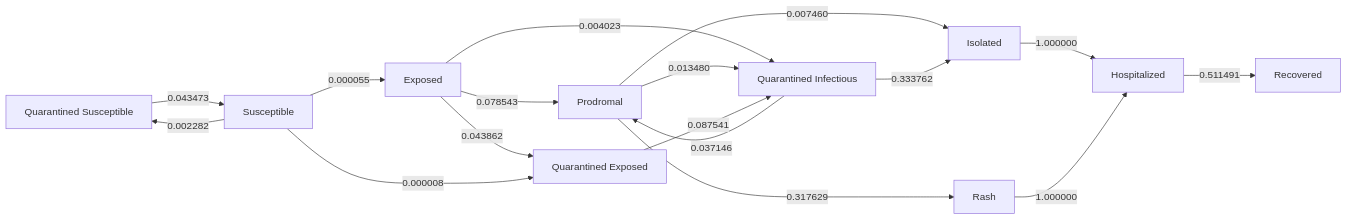
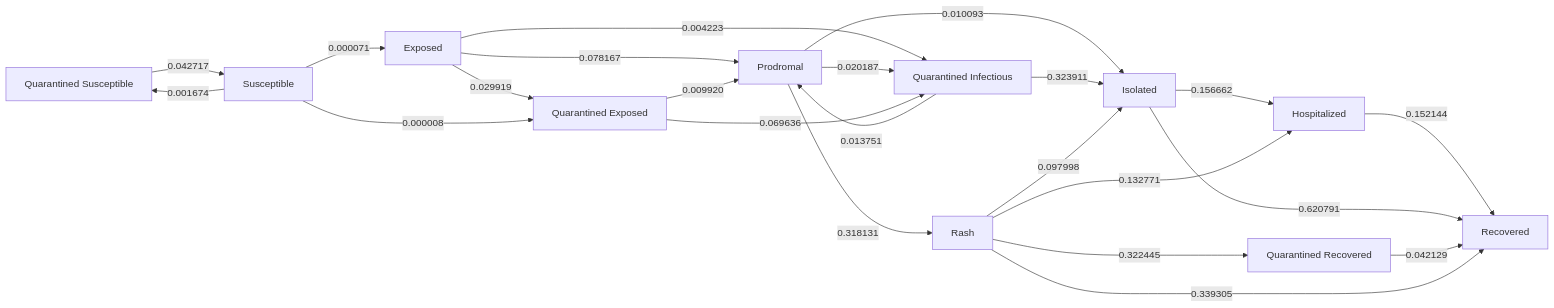
Before and after one commit to EpiForeSITE/epiworld-measles: the diagram in school_quarantine/new_bridge_88_npi.md, drawn with Mermaid. The commit also changed other lines of this file and 6 other files, not shown here.

````diff
--- a/school_quarantine/new_bridge_88_npi.md
+++ b/school_quarantine/new_bridge_88_npi.md
@@ -134,30 +136,37 @@
 ``` mermaid
 flowchart LR
     s0[Exposed]
     s1[Hospitalized]
     s2[Isolated]
     s3[Prodromal]
     s4[Quarantined Exposed]
     s5[Quarantined Infectious]
-    s6[Quarantined Susceptible]
-    s7[Rash]
-    s8[Recovered]
-    s9[Susceptible]
-    s0 -->|0.078543| s3
-    s0 -->|0.043862| s4
-    s0 -->|0.004023| s5
-    s1 -->|0.511491| s8
-    s2 -->|1.000000| s1
-    s3 -->|0.007460| s2
-    s3 -->|0.013480| s5
-    s3 -->|0.317629| s7
-    s4 -->|0.087541| s5
-    s5 -->|0.333762| s2
-    s5 -->|0.037146| s3
-    s6 -->|0.043473| s9
-    s7 -->|1.000000| s1
-    s9 -->|0.000055| s0
-    s9 -->|0.000008| s4
-    s9 -->|0.002282| s6
+    s6[Quarantined Recovered]
+    s7[Quarantined Susceptible]
+    s8[Rash]
+    s9[Recovered]
+    s10[Susceptible]
+    s0 -->|0.078167| s3
+    s0 -->|0.029919| s4
+    s0 -->|0.004223| s5
+    s1 -->|0.152144| s9
+    s2 -->|0.156662| s1
+    s2 -->|0.620791| s9
+    s3 -->|0.010093| s2
+    s3 -->|0.020187| s5
+    s3 -->|0.318131| s8
+    s4 -->|0.009920| s3
+    s4 -->|0.069636| s5
+    s5 -->|0.323911| s2
+    s5 -->|0.013751| s3
+    s6 -->|0.042129| s9
+    s7 -->|0.042717| s10
+    s8 -->|0.132771| s1
+    s8 -->|0.097998| s2
+    s8 -->|0.322445| s6
+    s8 -->|0.339305| s9
+    s10 -->|0.000071| s0
+    s10 -->|0.000008| s4
+    s10 -->|0.001674| s7
 
 ```
````
